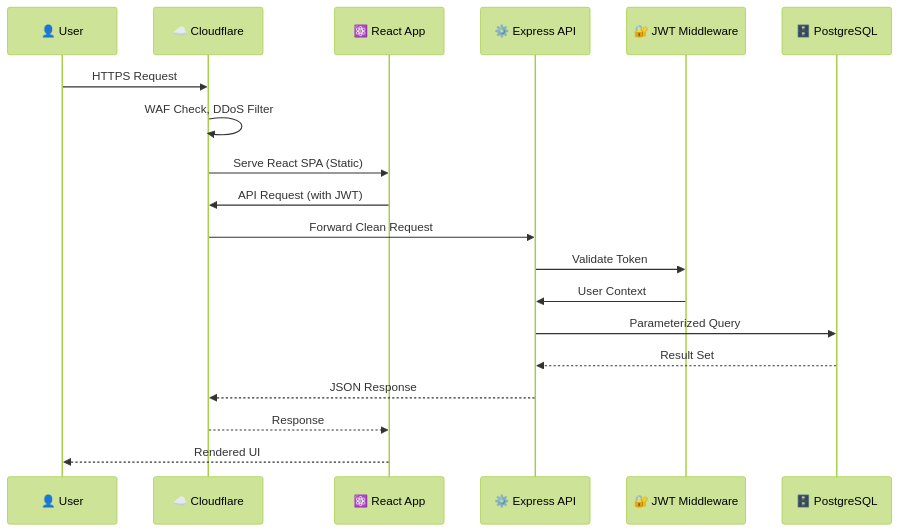
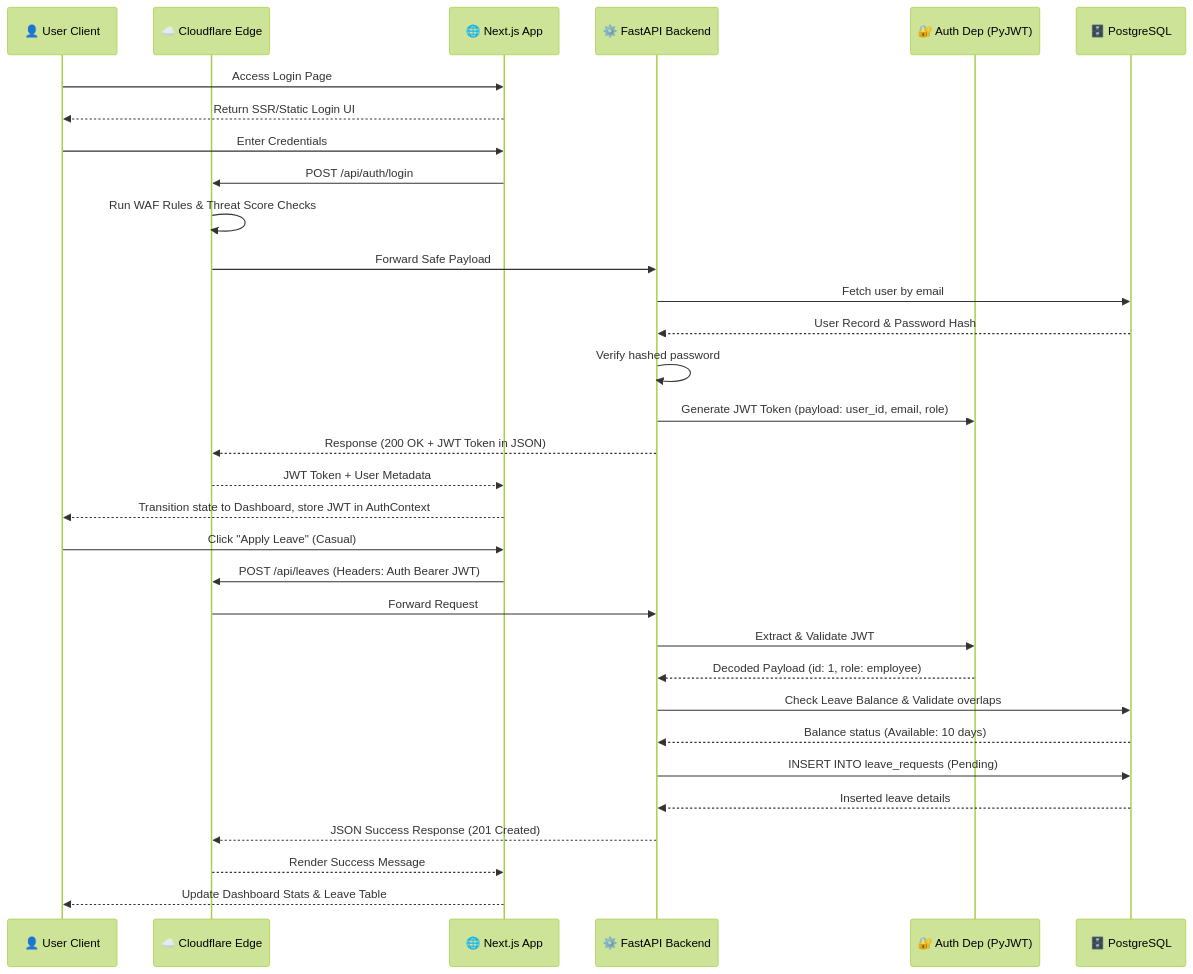
One commit to algorithnicmind/Bookflow-management changed the third of 3 diagrams in docs/09-TRD.md. Above: the diagram before and after it, drawn with Mermaid (forest theme). The commit also changed other lines of this file and 3 other files, not shown here.

Commit message:
feat: implement FastAPI-based authentication system with JWT, role-based access control, and database models.

````diff
--- a/docs/09-TRD.md
+++ b/docs/09-TRD.md
@@ -151,22 +138,36 @@
 ```mermaid
 sequenceDiagram
-    participant U as 👤 User
-    participant CF as ☁️ Cloudflare
-    participant R as ⚛️ React App
-    participant API as ⚙️ Express API
-    participant JWT as 🔐 JWT Middleware
+    participant U as 👤 User Client
+    participant CF as ☁️ Cloudflare Edge
+    participant FE as 🌐 Next.js App
+    participant BE as ⚙️ FastAPI Backend
+    participant JWT as 🔐 Auth Dep (PyJWT)
     participant DB as 🗄️ PostgreSQL
-
-    U->>CF: HTTPS Request
-    CF->>CF: WAF Check, DDoS Filter
-    CF->>R: Serve React SPA (Static)
-    R->>CF: API Request (with JWT)
-    CF->>API: Forward Clean Request
-    API->>JWT: Validate Token
-    JWT->>API: User Context
-    API->>DB: Parameterized Query
-    DB-->>API: Result Set
-    API-->>CF: JSON Response
-    CF-->>R: Response
-    R-->>U: Rendered UI
+    
+    U->>FE: Access Login Page
+    FE-->>U: Return SSR/Static Login UI
+    U->>FE: Enter Credentials
+    FE->>CF: POST /api/auth/login
+    CF->>CF: Run WAF Rules & Threat Score Checks
+    CF->>BE: Forward Safe Payload
+    BE->>DB: Fetch user by email
+    DB-->>BE: User Record & Password Hash
+    BE->>BE: Verify hashed password
+    BE->>JWT: Generate JWT Token (payload: user_id, email, role)
+    BE-->>CF: Response (200 OK + JWT Token in JSON)
+    CF-->>FE: JWT Token + User Metadata
+    FE-->>U: Transition state to Dashboard, store JWT in AuthContext
+    
+    U->>FE: Click "Apply Leave" (Casual)
+    FE->>CF: POST /api/leaves (Headers: Auth Bearer JWT)
+    CF->>BE: Forward Request
+    BE->>JWT: Extract & Validate JWT
+    JWT-->>BE: Decoded Payload (id: 1, role: employee)
+    BE->>DB: Check Leave Balance & Validate overlaps
+    DB-->>BE: Balance status (Available: 10 days)
+    BE->>DB: INSERT INTO leave_requests (Pending)
+    DB-->>BE: Inserted leave details
+    BE-->>CF: JSON Success Response (201 Created)
+    CF-->>FE: Render Success Message
+    FE-->>U: Update Dashboard Stats & Leave Table
 ```
````
